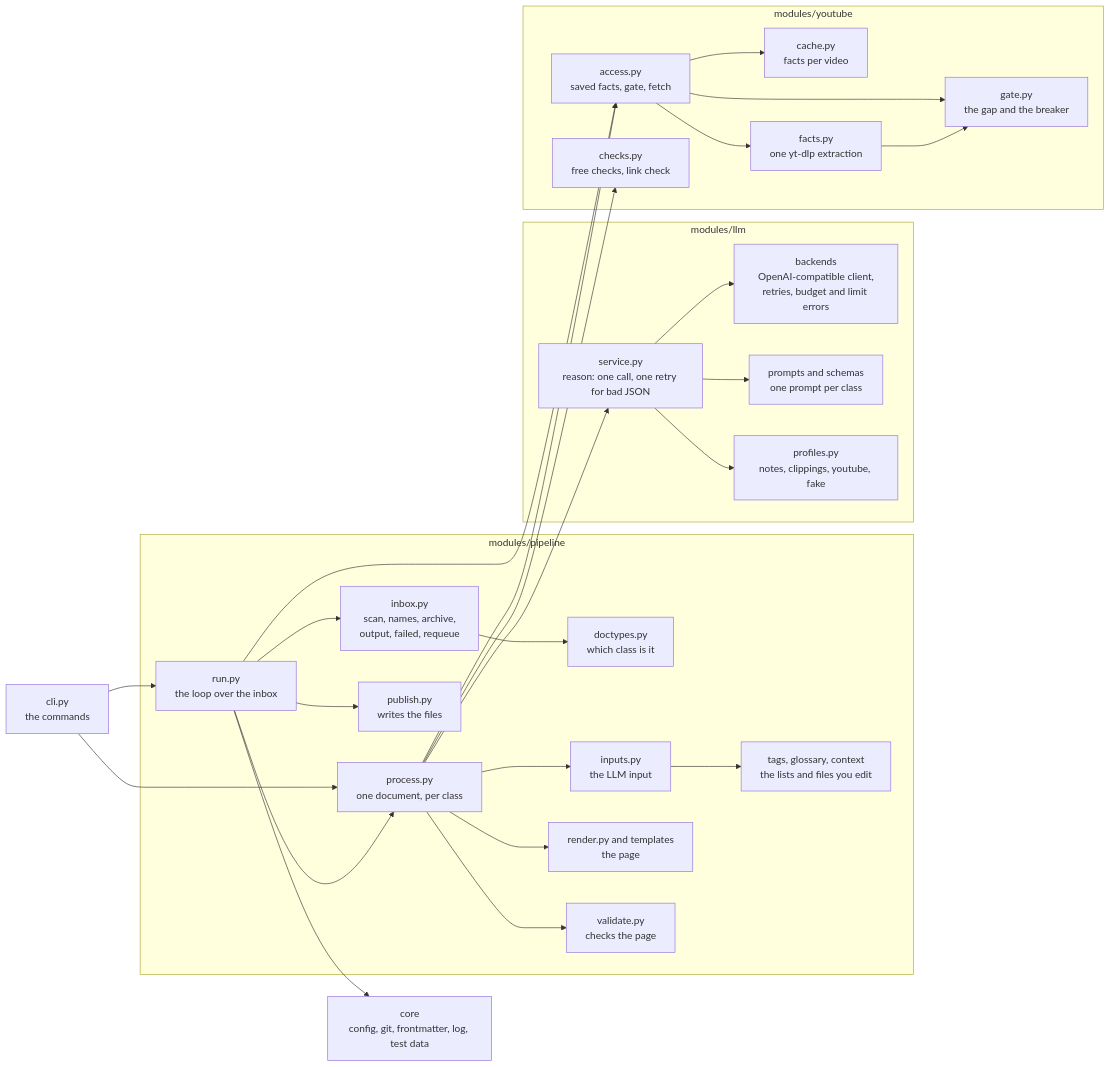
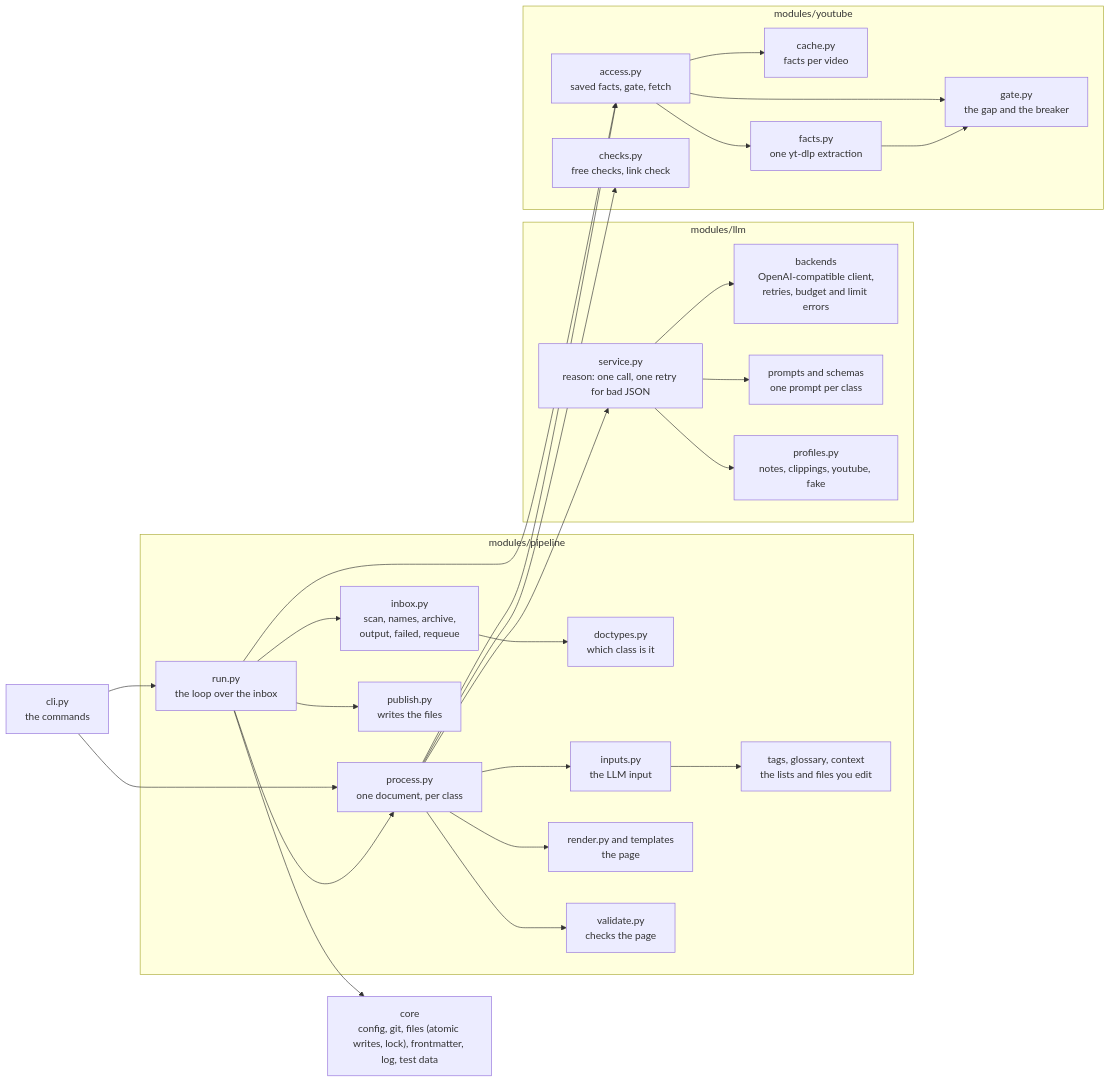
Before and after one commit to epiaku/idea-catcher: the third of 3 diagrams in docs/idea-catcher-diagram-architecture.md, drawn with Mermaid. The commit also changed 6 other files, not shown here.

````diff
--- a/docs/idea-catcher-diagram-architecture.md
+++ b/docs/idea-catcher-diagram-architecture.md
@@ -114,56 +114,56 @@
 ```mermaid
 flowchart LR
   cli["cli.py<br/>the commands"]
 
   subgraph pipeline["modules/pipeline"]
     run["run.py<br/>the loop over the inbox"]
     inbox["inbox.py<br/>scan, names, archive,<br/>output, failed, requeue"]
     doctypes["doctypes.py<br/>which class is it"]
     process["process.py<br/>one document, per class"]
     inputs["inputs.py<br/>the LLM input"]
     ctx["tags, glossary, context<br/>the lists and files you edit"]
     render["render.py and templates<br/>the page"]
     validate["validate.py<br/>checks the page"]
     publish["publish.py<br/>writes the files"]
   end
 
   subgraph llm["modules/llm"]
     service["service.py<br/>reason: one call, one retry for bad JSON"]
     backend["backends<br/>OpenAI-compatible client,<br/>retries, budget and limit errors"]
     prompts["prompts and schemas<br/>one prompt per class"]
     profiles["profiles.py<br/>notes, clippings, youtube, fake"]
   end
 
   subgraph youtube["modules/youtube"]
     access["access.py<br/>saved facts, gate, fetch"]
     gate["gate.py<br/>the gap and the breaker"]
     cache["cache.py<br/>facts per video"]
     facts["facts.py<br/>one yt-dlp extraction"]
     checks["checks.py<br/>free checks, link check"]
   end
 
-  core["core<br/>config, git, frontmatter, log, test data"]
+  core["core<br/>config, git, files (atomic writes, lock), frontmatter, log, test data"]
 
   cli --> run
   cli --> process
   run --> inbox
   run --> process
   run --> publish
   run --> core
   run --> access
   inbox --> doctypes
   process --> inputs
   inputs --> ctx
   process --> render
   process --> validate
   process --> service
   process --> access
   process --> checks
   service --> backend
   service --> prompts
   service --> profiles
   access --> gate
   access --> cache
   access --> facts
   facts --> gate
 ```
````
